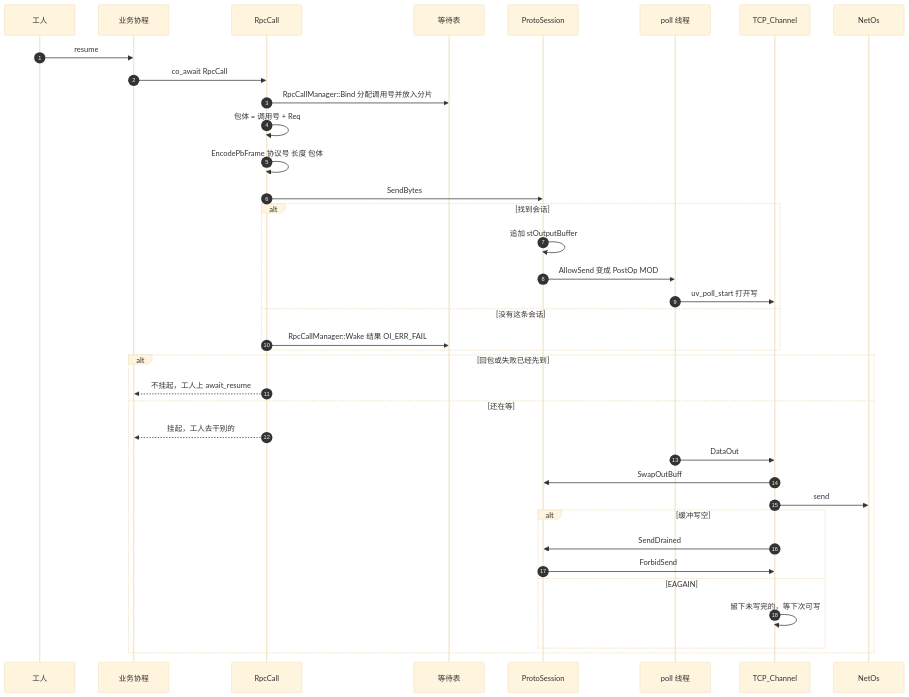
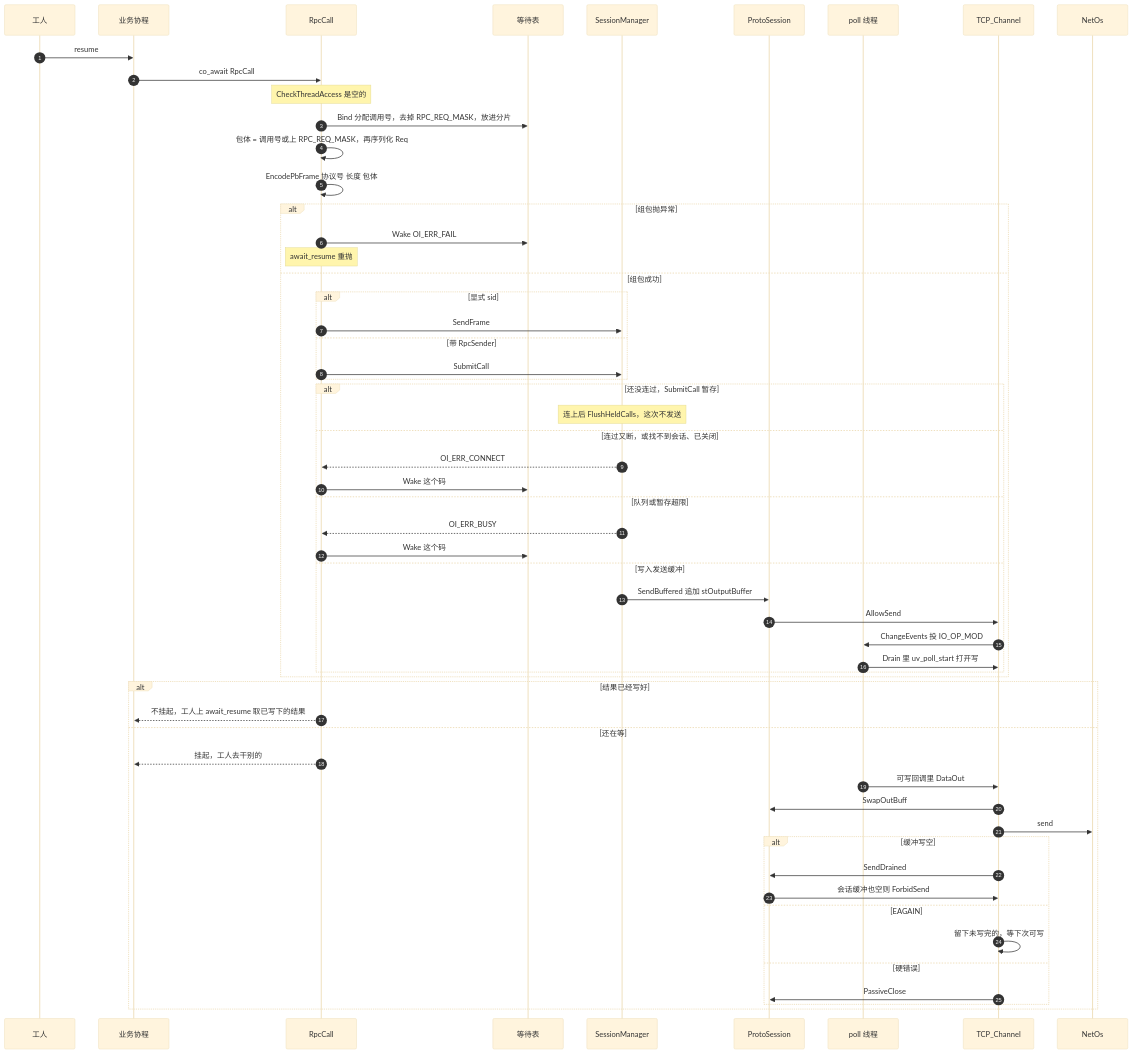
One commit to orikiaru/openidea changed the diagram in docs/sequence-diagram/multi-thread/send.md. Above: the diagram before and after it, drawn with Mermaid (base theme). The commit also changed other lines of this file and 39 other files, not shown here.

Commit message:
非正 RPC 超时打错误日志后按 30 秒等待，避免调用一直挂着。时序图按当前收发和新增路径重写，并记下 11 月 22 日的全量结果。

````diff
--- a/docs/sequence-diagram/multi-thread/send.md
+++ b/docs/sequence-diagram/multi-thread/send.md
@@ -9,40 +9,60 @@
 ```mermaid
 sequenceDiagram
     autonumber
     participant Worker as 工人
     participant Biz as 业务协程
     participant Call as RpcCall
     participant Wait as 等待表
+    participant Mgr as SessionManager
     participant Sess as ProtoSession
     participant Poll as poll 线程
     participant Tcp as TCP_Channel
     participant Os as NetOs
 
     Worker->>Biz: resume
     Biz->>Call: co_await RpcCall
-    Call->>Wait: RpcCallManager::Bind 分配调用号并放入分片
-    Call->>Call: 包体 = 调用号 + Req
+    Note over Call: CheckThreadAccess 是空的
+    Call->>Wait: Bind 分配调用号，去掉 RPC_REQ_MASK，放进分片
+    Call->>Call: 包体 = 调用号或上 RPC_REQ_MASK，再序列化 Req
     Call->>Call: EncodePbFrame 协议号 长度 包体
-    Call->>Sess: SendBytes
-    alt 找到会话
-        Sess->>Sess: 追加 stOutputBuffer
-        Sess->>Poll: AllowSend 变成 PostOp MOD
-        Poll->>Tcp: uv_poll_start 打开写
-    else 没有这条会话
-        Call->>Wait: RpcCallManager::Wake 结果 OI_ERR_FAIL
+    alt 组包抛异常
+        Call->>Wait: Wake OI_ERR_FAIL
+        Note over Call: await_resume 重抛
+    else 组包成功
+        alt 显式 sid
+            Call->>Mgr: SendFrame
+        else 带 RpcSender
+            Call->>Mgr: SubmitCall
+        end
+        alt 还没连过，SubmitCall 暂存
+            Note over Mgr: 连上后 FlushHeldCalls，这次不发送
+        else 连过又断，或找不到会话、已关闭
+            Mgr-->>Call: OI_ERR_CONNECT
+            Call->>Wait: Wake 这个码
+        else 队列或暂存超限
+            Mgr-->>Call: OI_ERR_BUSY
+            Call->>Wait: Wake 这个码
+        else 写入发送缓冲
+            Mgr->>Sess: SendBuffered 追加 stOutputBuffer
+            Sess->>Tcp: AllowSend
+            Tcp->>Poll: ChangeEvents 投 IO_OP_MOD
+            Poll->>Tcp: Drain 里 uv_poll_start 打开写
+        end
     end
-    alt 回包或失败已经先到
-        Call-->>Biz: 不挂起，工人上 await_resume
+    alt 结果已经写好
+        Call-->>Biz: 不挂起，工人上 await_resume 取已写下的结果
     else 还在等
         Call-->>Biz: 挂起，工人去干别的
-        Poll->>Tcp: DataOut
+        Poll->>Tcp: 可写回调里 DataOut
         Tcp->>Sess: SwapOutBuff
         Tcp->>Os: send
         alt 缓冲写空
             Tcp->>Sess: SendDrained
-            Sess->>Tcp: ForbidSend
+            Sess->>Tcp: 会话缓冲也空则 ForbidSend
         else EAGAIN
             Tcp->>Tcp: 留下未写完的，等下次可写
+        else 硬错误
+            Tcp->>Sess: PassiveClose
         end
     end
 ```
````
